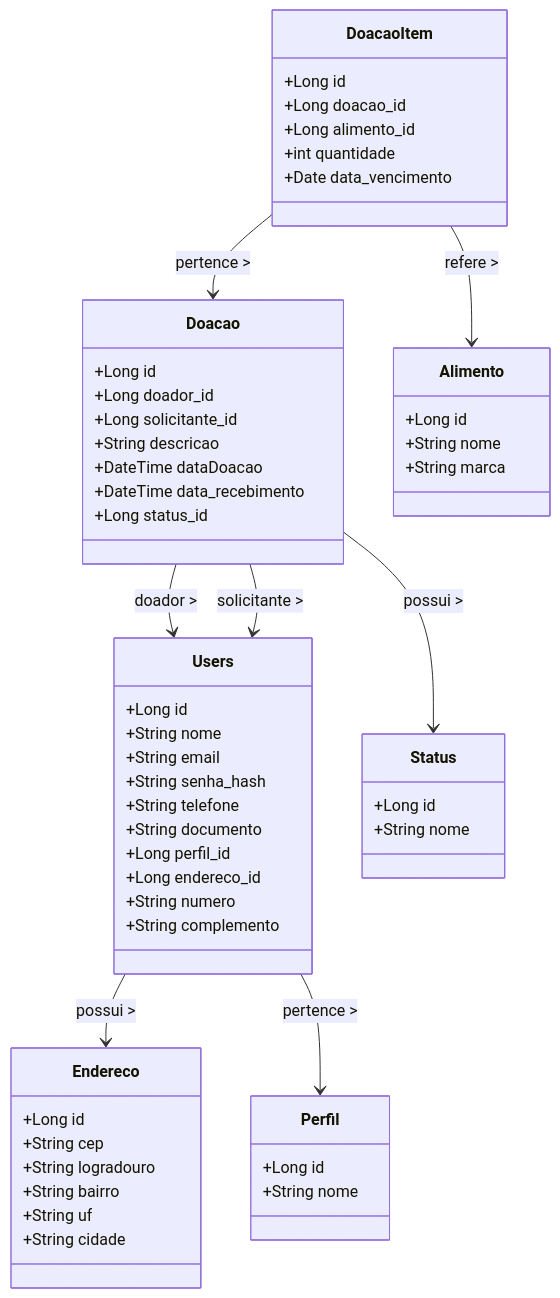
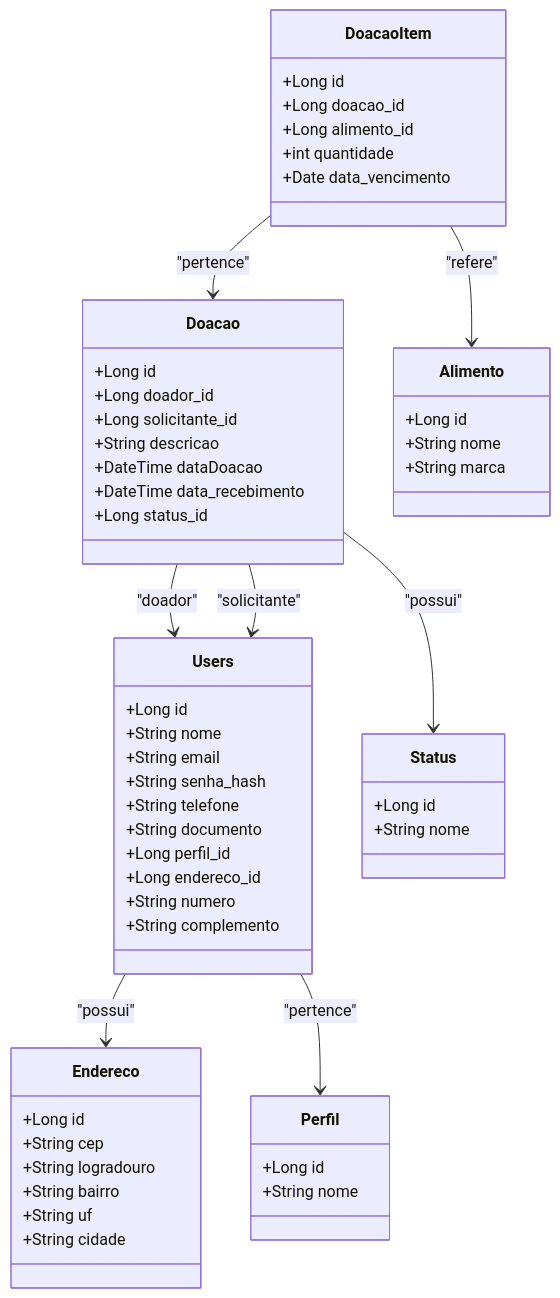
Before and after one commit to delmiraugusto/DoacaoAlimentos: the diagram in README.md, drawn with Mermaid.

````diff
--- a/README.md
+++ b/README.md
@@ -25,67 +25,67 @@
 ```mermaid
 classDiagram
   class Endereco {
     +Long id
     +String cep
     +String logradouro
     +String bairro
     +String uf
     +String cidade
   }
 
   class Perfil {
     +Long id
     +String nome
   }
 
   class Users {
     +Long id
     +String nome
     +String email
     +String senha_hash
     +String telefone
     +String documento
     +Long perfil_id
     +Long endereco_id
     +String numero
     +String complemento
   }
 
   class Status {
     +Long id
     +String nome
   }
 
   class Doacao {
     +Long id
     +Long doador_id
     +Long solicitante_id
     +String descricao
     +DateTime dataDoacao
     +DateTime data_recebimento
     +Long status_id
   }
 
   class Alimento {
     +Long id
     +String nome
     +String marca
   }
 
   class DoacaoItem {
     +Long id
     +Long doacao_id
     +Long alimento_id
     +int quantidade
     +Date data_vencimento
   }
 
   %% Relações
-  Users --> Endereco : possui >
-  Users --> Perfil : pertence >
-  Doacao --> Users : doador >
-  Doacao --> Users : solicitante >
-  Doacao --> Status : possui >
-  DoacaoItem --> Doacao : pertence >
-  DoacaoItem --> Alimento : refere >
+  Users --> Endereco : "possui"
+  Users --> Perfil : "pertence"
+  Doacao --> Users : "doador"
+  Doacao --> Users : "solicitante"
+  Doacao --> Status : "possui"
+  DoacaoItem --> Doacao : "pertence"
+  DoacaoItem --> Alimento : "refere"
 ```
````
